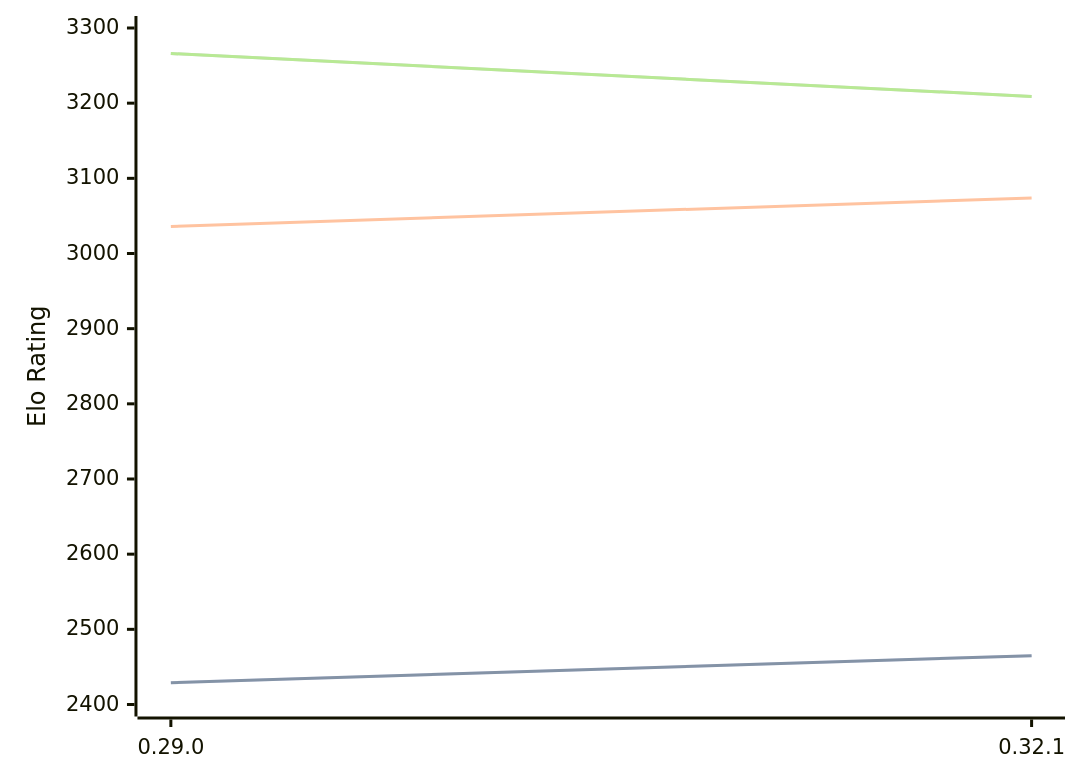
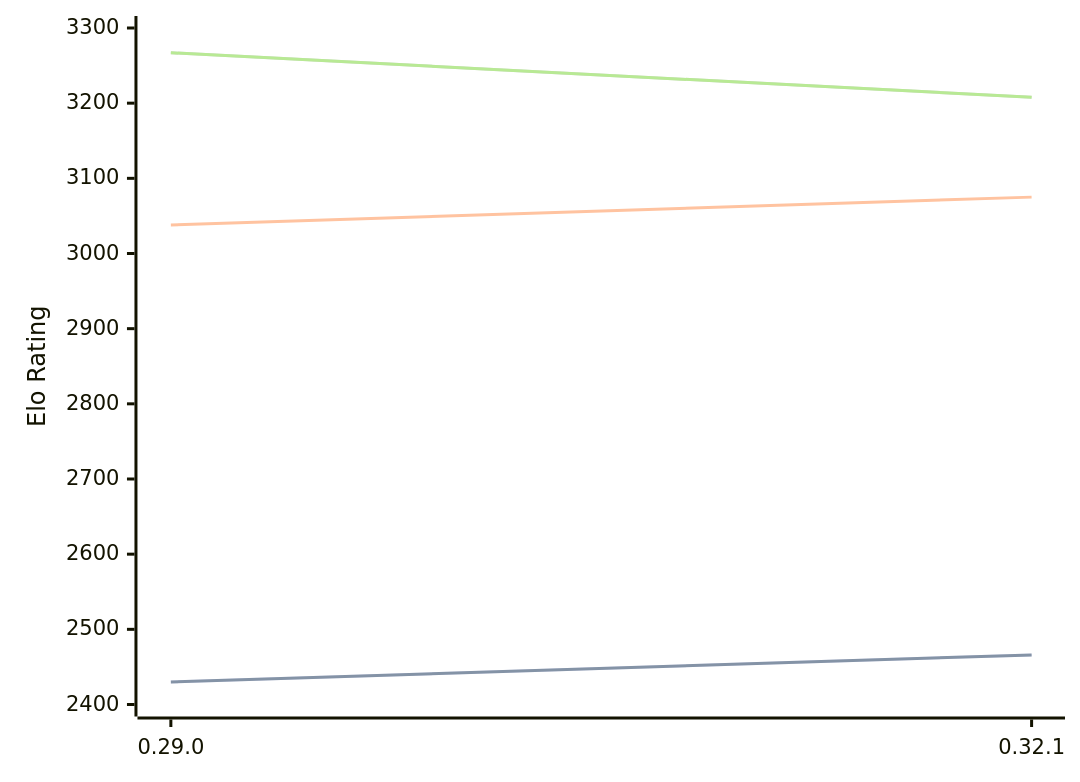
Before and after one commit to computer-chess-index/cci: the diagram in engines/Lc0.md, drawn with Mermaid. The commit also changed other lines of this file, not shown here.

Commit message:
Update CCI Ratings (ELO VLTC) - 2026-02-20

````diff
--- a/engines/Lc0.md
+++ b/engines/Lc0.md
@@ -65,11 +65,11 @@
 ```mermaid
 %%{init: {"theme":"base","themeVariables":{"seriesColors:['#a3a3a3','#222221','#faa371']}}}%%
 xychart-beta
   x-axis ["0.29.0", "0.32.1"]
   y-axis "Elo Rating" 2400 --> 3300
-  line "STC (8.0+0.08s)" [2429, 2465]
-  line "STC (8.0+0.08s)" [2429, 2465]
-  line "LTC (60.0+0.60s)" [3036, 3074]
-  line "VLTC (2m24s+1.12s)" [3266, 3209]
-  line "VLTC (2m24s+1.12s)" [3266, 3209]
+  line "STC (8.0+0.08s)" [2430, 2466]
+  line "STC (8.0+0.08s)" [2430, 2466]
+  line "LTC (60.0+0.60s)" [3038, 3075]
+  line "VLTC (2m24s+1.12s)" [3267, 3208]
+  line "VLTC (2m24s+1.12s)" [3267, 3208]
 ```
````
